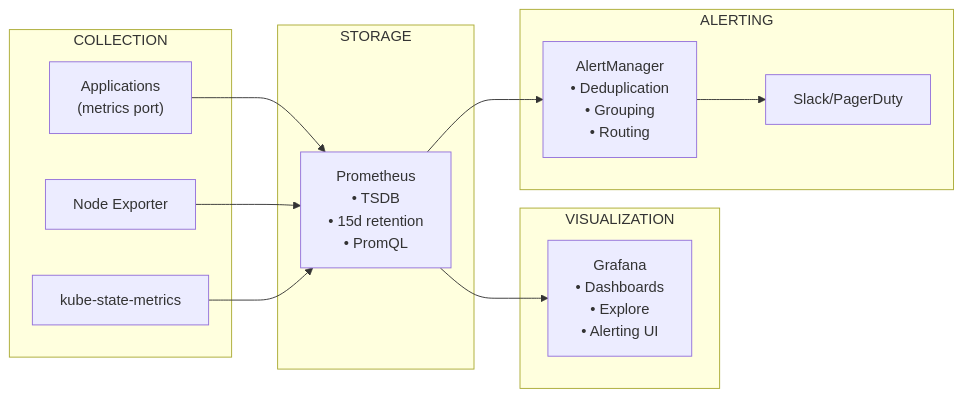
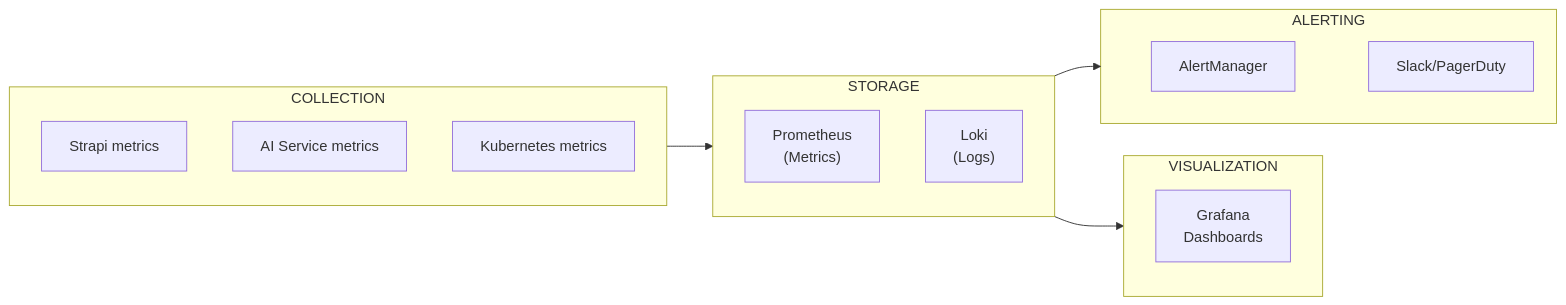
The sixth of 11 diagrams in DevOps/02-Engineering/01-Architecture.md (PearlThoughtsInternship/Internship-Obsidian-Vault), drawn with Mermaid before and after one commit. The commit also changed other lines of this file and 1 other file, not shown here.

First line of the commit message:
Rewrite market context and architecture with ContentAI product-first narrative

````diff
--- a/DevOps/02-Engineering/01-Architecture.md
+++ b/DevOps/02-Engineering/01-Architecture.md
@@ -382,28 +287,25 @@
 ```mermaid
 flowchart LR
-    subgraph Collection["COLLECTION"]
-        App["Applications<br/>(metrics port)"]
-        Node["Node Exporter"]
-        KSM["kube-state-metrics"]
+    subgraph Collect["COLLECTION"]
+        Strapi["Strapi metrics"]
+        AI["AI Service metrics"]
+        K8s["Kubernetes metrics"]
     end
 
-    subgraph Storage["STORAGE"]
-        Prom["Prometheus<br/>• TSDB<br/>• 15d retention<br/>• PromQL"]
+    subgraph Store["STORAGE"]
+        Prom["Prometheus<br/>(Metrics)"]
+        Loki["Loki<br/>(Logs)"]
     end
 
     subgraph Viz["VISUALIZATION"]
-        Graf["Grafana<br/>• Dashboards<br/>• Explore<br/>• Alerting UI"]
+        Graf["Grafana<br/>Dashboards"]
     end
 
-    subgraph Alerting["ALERTING"]
-        AM["AlertManager<br/>• Deduplication<br/>• Grouping<br/>• Routing"]
+    subgraph Alert["ALERTING"]
+        AM["AlertManager"]
         Slack["Slack/PagerDuty"]
     end
 
-    App --> Prom
-    Node --> Prom
-    KSM --> Prom
-    Prom --> Graf
-    Prom --> AM
-    AM --> Slack
+    Collect --> Store --> Viz
+    Store --> Alert --> Slack
 ```
````
